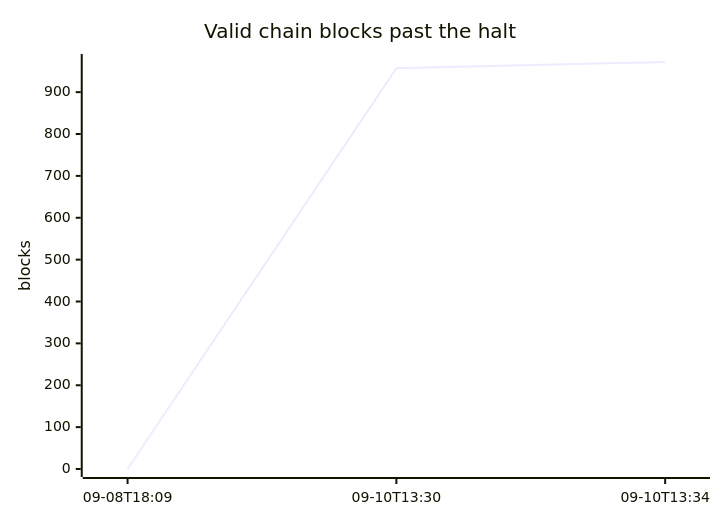
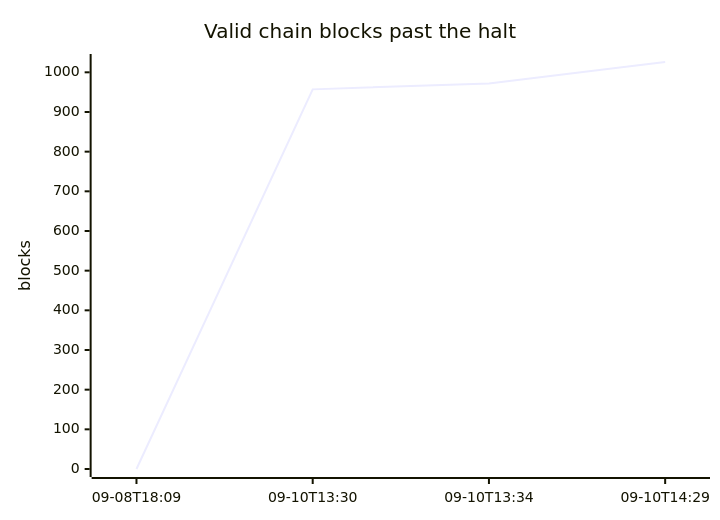
One commit to orangesurf/liquid-transaction-replay-monitor changed the second of 2 diagrams in README.md. Above: the diagram before and after it, drawn with Mermaid. The commit also changed other lines of this file and 2 other files, not shown here.

````diff
--- a/README.md
+++ b/README.md
@@ -32,7 +32,7 @@
 ```mermaid
 xychart-beta
     title "Valid chain blocks past the halt"
-    x-axis ["09-08T18:09", "09-10T13:30", "09-10T13:34"]
-    y-axis "blocks" 0 --> 972
-    line [0, 957, 972]
+    x-axis ["09-08T18:09", "09-10T13:30", "09-10T13:34", "09-10T14:29"]
+    y-axis "blocks" 0 --> 1026
+    line [0, 957, 972, 1026]
 ```
````
